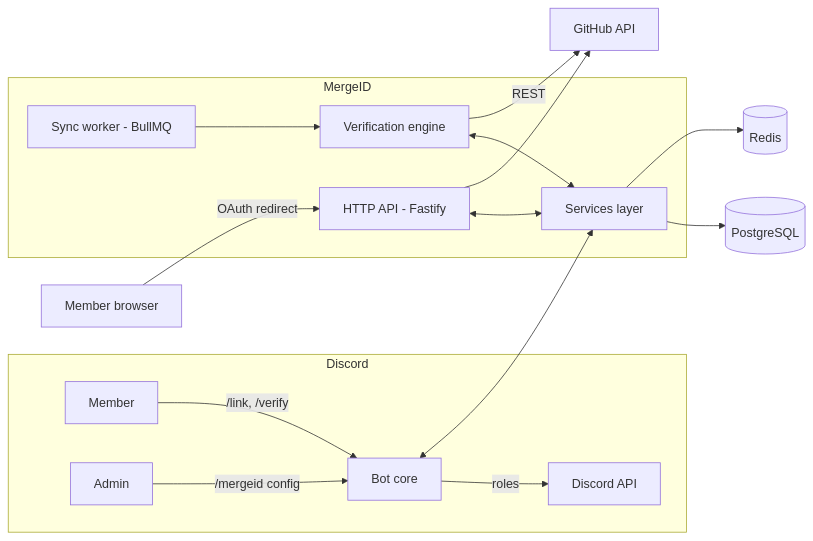
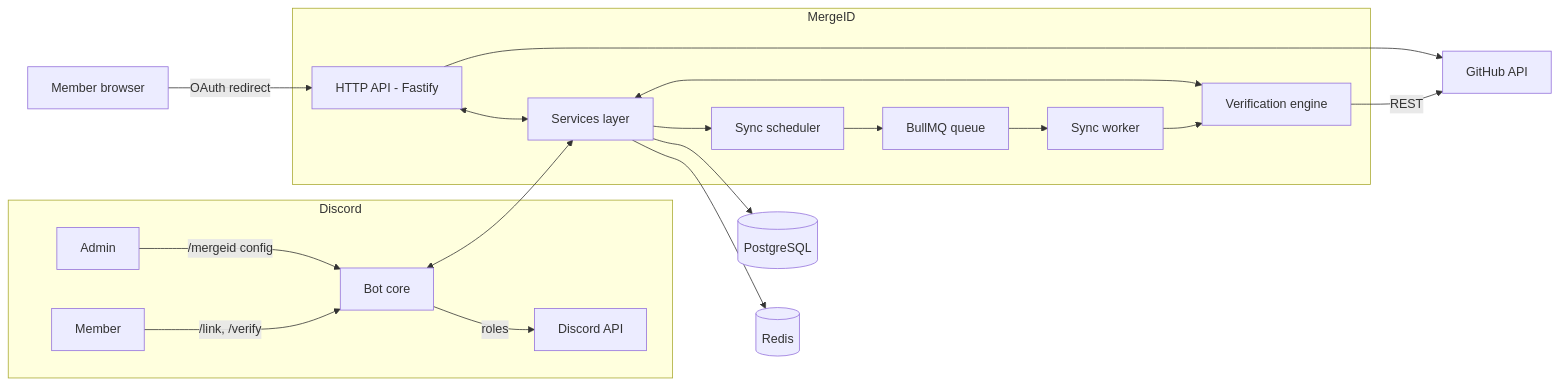
One commit to Ishannaik/mergeid changed the diagram in README.md. Above: the diagram before and after it, drawn with Mermaid.

Commit message:
docs: distinguish sync scheduler and queue from worker

````diff
--- a/README.md
+++ b/README.md
@@ -60,19 +60,22 @@
 ```mermaid
 flowchart LR
   subgraph Discord
     U[Member] -->|/link, /verify| B
     A[Admin] -->|/mergeid config| B
     B[Bot core] -->|roles| DR[Discord API]
   end
   U2[Member browser] -->|OAuth redirect| H
   subgraph MergeID
     B <--> S[Services layer]
     H[HTTP API - Fastify] <--> S
     V[Verification engine] <--> S
-    W[Sync worker - BullMQ] --> V
+    S --> SC[Sync scheduler]
+    SC --> Q[BullMQ queue]
+    Q --> W[Sync worker]
+    W --> V
   end
   S --> P[(PostgreSQL)]
   S --> R[(Redis)]
   V -->|REST| G[GitHub API]
   H --> G
 ```
````
